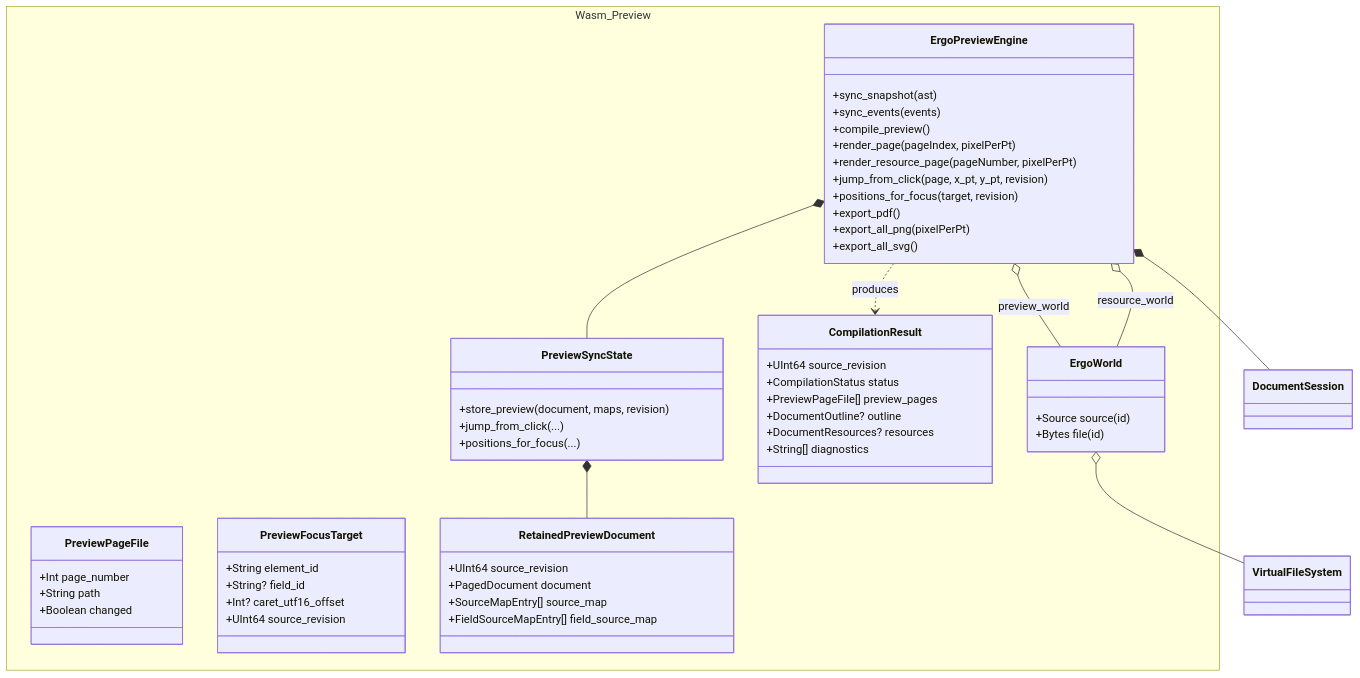
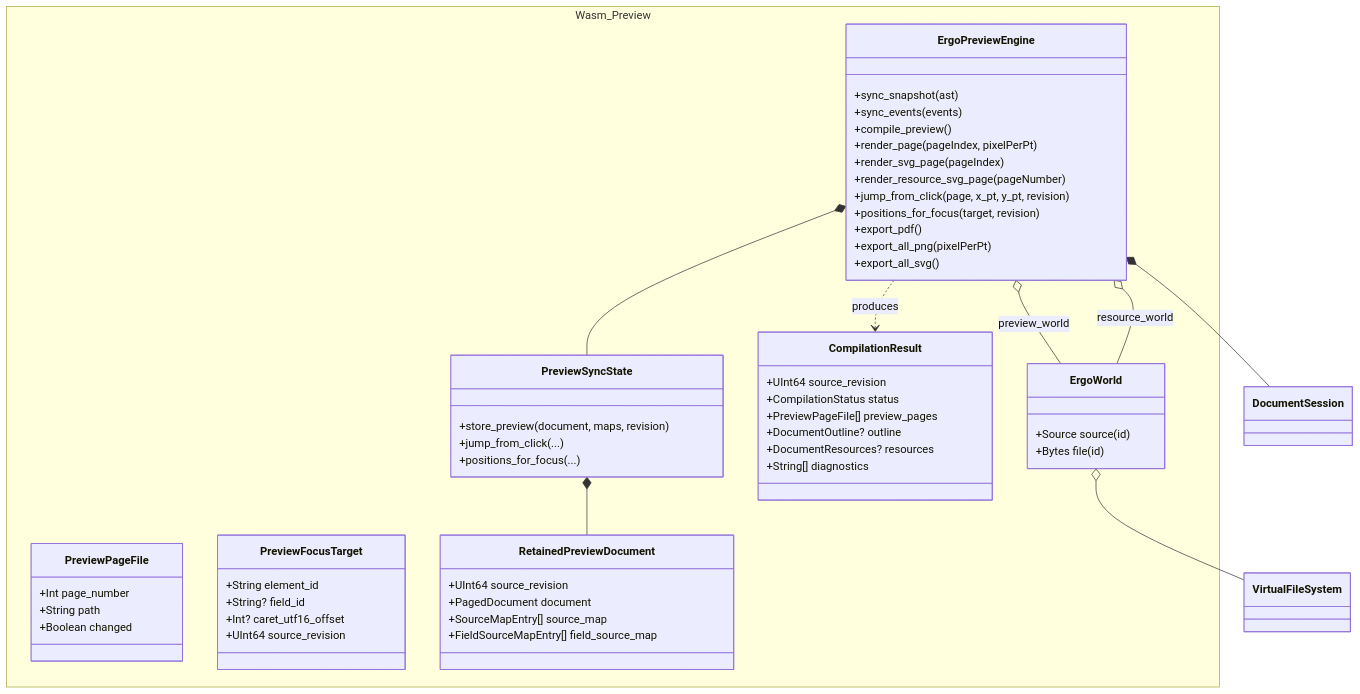
One commit to andmoreduro/ergo changed the fifth of 5 diagrams in context/class-diagrams.md. Above: the diagram before and after it, drawn with Mermaid. The commit also changed other lines of this file and 115 other files, not shown here.

````diff
--- a/context/class-diagrams.md
+++ b/context/class-diagrams.md
@@ -277,65 +308,66 @@
 ```mermaid
 classDiagram
     namespace Wasm_Preview {
         class ErgoPreviewEngine {
             +sync_snapshot(ast)
             +sync_events(events)
             +compile_preview()
             +render_page(pageIndex, pixelPerPt)
-            +render_resource_page(pageNumber, pixelPerPt)
+            +render_svg_page(pageIndex)
+            +render_resource_svg_page(pageNumber)
             +jump_from_click(page, x_pt, y_pt, revision)
             +positions_for_focus(target, revision)
             +export_pdf()
             +export_all_png(pixelPerPt)
             +export_all_svg()
         }
 
         class PreviewSyncState {
             +store_preview(document, maps, revision)
             +jump_from_click(...)
             +positions_for_focus(...)
         }
 
         class CompilationResult {
             +UInt64 source_revision
             +CompilationStatus status
             +PreviewPageFile[] preview_pages
             +DocumentOutline? outline
             +DocumentResources? resources
             +String[] diagnostics
         }
 
         class PreviewPageFile {
             +Int page_number
             +String path
             +Boolean changed
         }
 
         class ErgoWorld {
             +Source source(id)
             +Bytes file(id)
         }
 
         class PreviewFocusTarget {
             +String element_id
             +String? field_id
             +Int? caret_utf16_offset
             +UInt64 source_revision
         }
 
         class RetainedPreviewDocument {
             +UInt64 source_revision
             +PagedDocument document
             +SourceMapEntry[] source_map
             +FieldSourceMapEntry[] field_source_map
         }
     }
 
     ErgoPreviewEngine *-- DocumentSession
     ErgoPreviewEngine *-- PreviewSyncState
     ErgoPreviewEngine o-- ErgoWorld : preview_world
     ErgoPreviewEngine o-- ErgoWorld : resource_world
     ErgoPreviewEngine ..> CompilationResult : produces
     PreviewSyncState *-- RetainedPreviewDocument
     ErgoWorld o-- VirtualFileSystem
 ```
````
